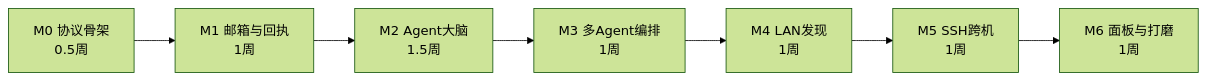
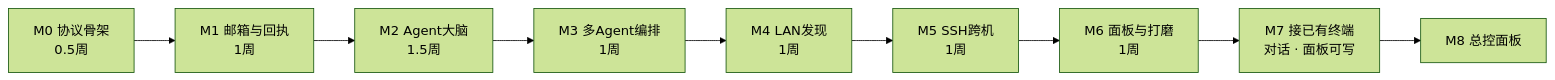
Before and after one commit to ykxian/anthill: the diagram in docs/04-roadmap.md, drawn with Mermaid (forest theme). The commit also changed other lines of this file and 24 other files, not shown here.

First line of the commit message:
feat: 一个面板管所有机器 —— 总控视图（M8）

````diff
--- a/docs/04-roadmap.md
+++ b/docs/04-roadmap.md
@@ -8,5 +8,6 @@
 ```mermaid
 flowchart LR
     M0[M0 协议骨架<br/>0.5周] --> M1[M1 邮箱与回执<br/>1周] --> M2[M2 Agent大脑<br/>1.5周]
     M2 --> M3[M3 多Agent编排<br/>1周] --> M4[M4 LAN发现<br/>1周] --> M5[M5 SSH跨机<br/>1周] --> M6[M6 面板与打磨<br/>1周]
+    M6 --> M7[M7 接已有终端<br/>对话 · 面板可写] --> M8[M8 总控面板]
 ```
````
